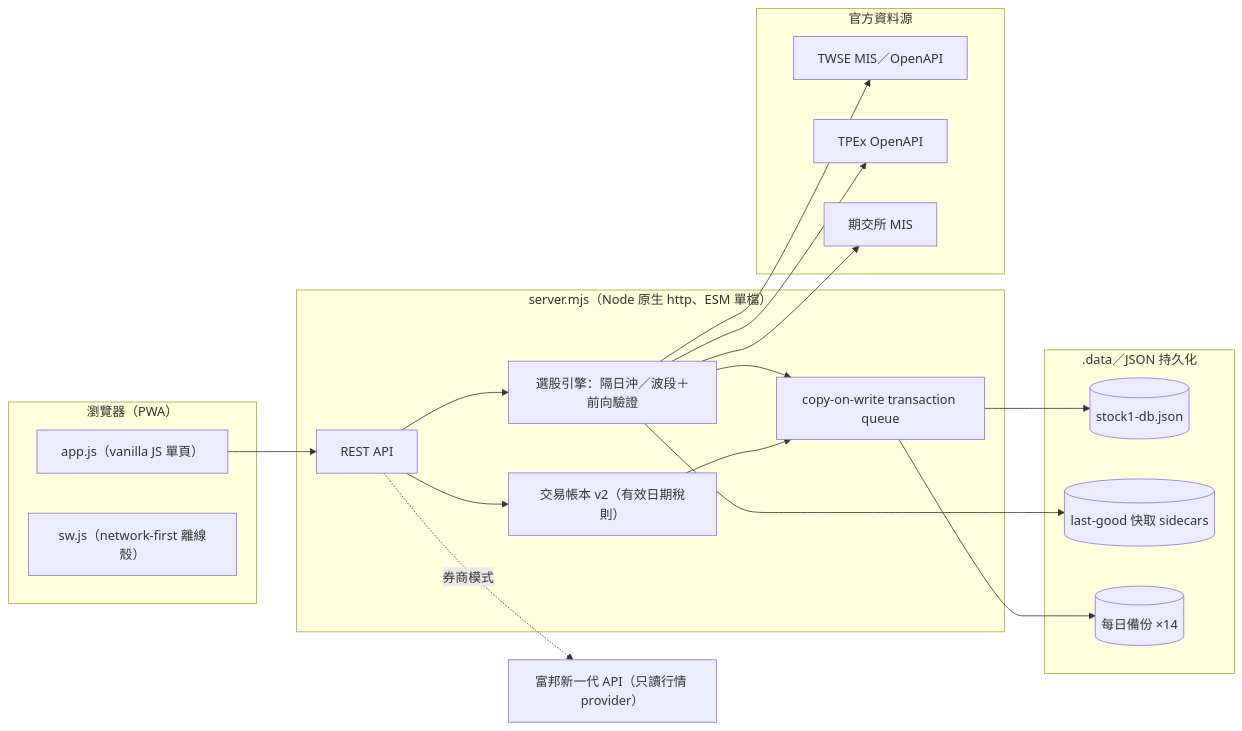
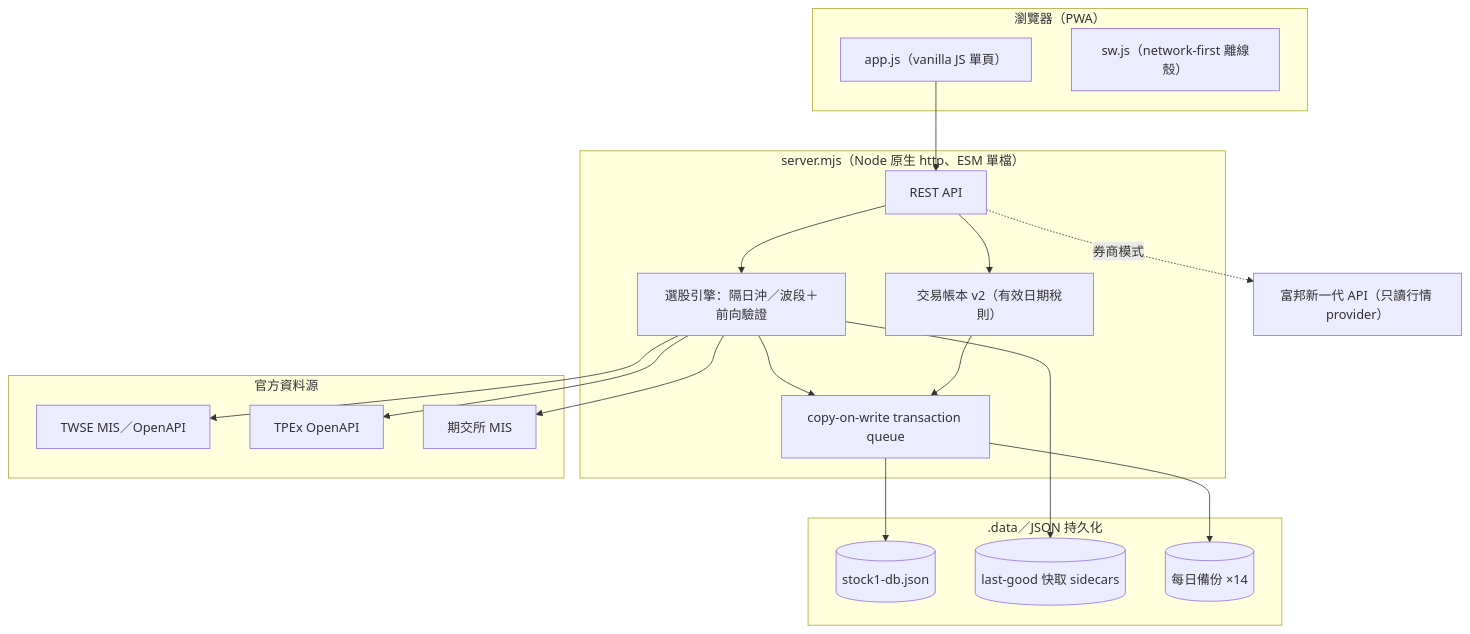
One commit to kuotunyu/stock-cockpit changed the diagram in README.md. Above: the diagram before and after it, drawn with Mermaid. The commit also changed other lines of this file, not shown here.

Commit message:
docs: README 精簡瘦身，架構圖改直式排列

````diff
--- a/README.md
+++ b/README.md
@@ -25,34 +25,34 @@
 ```mermaid
-flowchart LR
+flowchart TD
   subgraph Client["瀏覽器（PWA）"]
     UI["app.js（vanilla JS 單頁）"]
     SW["sw.js（network-first 離線殼）"]
   end
   subgraph Server["server.mjs（Node 原生 http、ESM 單檔）"]
     API["REST API"]
     ENG["選股引擎：隔日沖／波段＋前向驗證"]
     LEDGER["交易帳本 v2（有效日期稅則）"]
     Q["copy-on-write transaction queue"]
   end
   subgraph Store[".data／JSON 持久化"]
     DB[("stock1-db.json")]
     SIDE[("last-good 快取 sidecars")]
     BK[("每日備份 ×14")]
   end
   subgraph Upstream["官方資料源"]
     TWSE["TWSE MIS／OpenAPI"]
     TPEX["TPEx OpenAPI"]
     TAIFEX["期交所 MIS"]
   end
   FUBON["富邦新一代 API（只讀行情 provider）"]
   UI --> API
   API --> ENG --> Q
   API --> LEDGER --> Q
   Q --> DB
   Q --> BK
   ENG --> SIDE
   ENG --> TWSE
   ENG --> TPEX
   ENG --> TAIFEX
   API -. 券商模式 .-> FUBON
 ```
````
